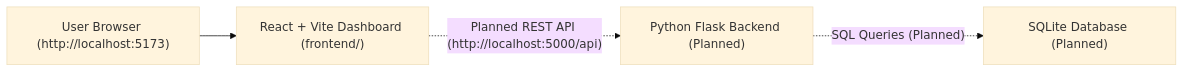
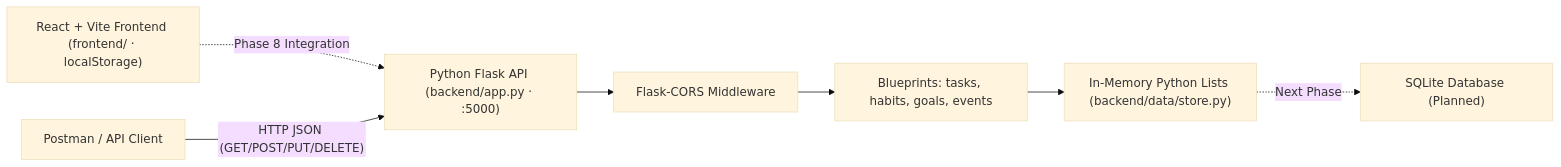
The first of 2 diagrams in personname.md (vedikamande/LifeSync), drawn with Mermaid (base theme) before and after one commit. The commit also changed other lines of this file and 10 other files, not shown here.

Commit message:
Implement Phase 7 Python Flask backend REST API with CORS and in-memory storage

````diff
--- a/personname.md
+++ b/personname.md
@@ -58,6 +55,9 @@
 ```mermaid
 flowchart LR
-    User["User Browser (http://localhost:5173)"] --> Frontend["React + Vite Dashboard (frontend/)"]
-    Frontend -. "Planned REST API (http://localhost:5000/api)" .-> Backend["Python Flask Backend (Planned)"]
-    Backend -. "SQL Queries (Planned)" .-> DB["SQLite Database (Planned)"]
+    React["React + Vite Frontend (frontend/ · localStorage)"] -. "Phase 8 Integration" .-> Flask["Python Flask API (backend/app.py · :5000)"]
+    Postman["Postman / API Client"] -->|"HTTP JSON (GET/POST/PUT/DELETE)"| Flask
+    Flask --> CORS["Flask-CORS Middleware"]
+    CORS --> BP["Blueprints: tasks, habits, goals, events"]
+    BP --> Store["In-Memory Python Lists (backend/data/store.py)"]
+    Store -. "Next Phase" .-> SQLite["SQLite Database (Planned)"]
 ```
````
